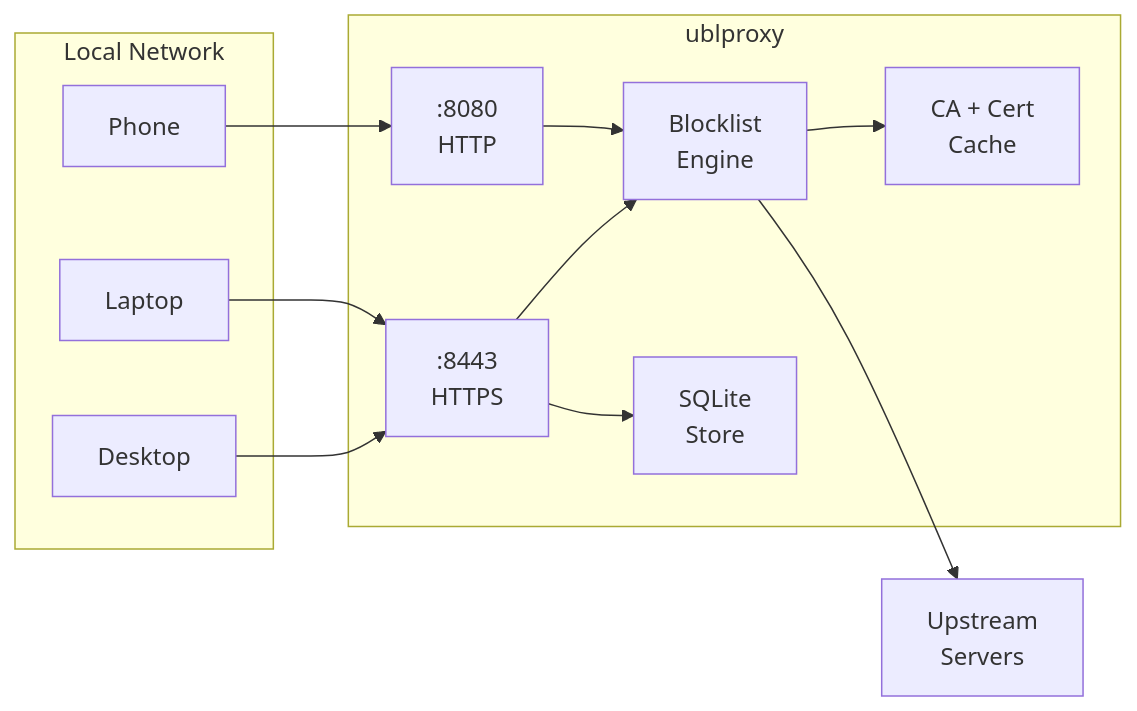
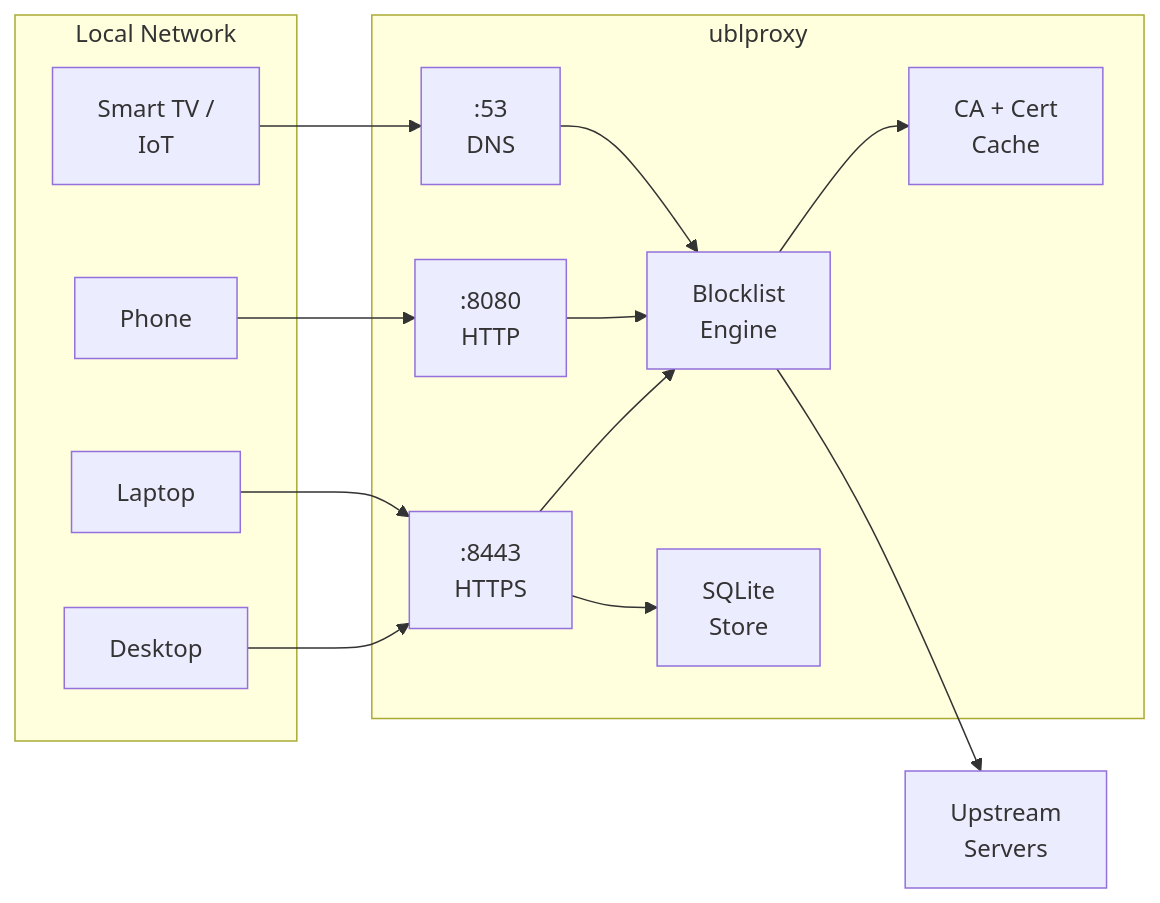
Before and after one commit to andrioid/ublproxy: the first of 3 diagrams in README.md, drawn with Mermaid. The commit also changed other lines of this file and 10 other files, not shown here.

````diff
--- a/README.md
+++ b/README.md
@@ -15,29 +15,33 @@
 ```mermaid
 graph LR
     subgraph LAN["Local Network"]
         D1["Desktop"]
         D2["Laptop"]
         D3["Phone"]
+        D4["Smart TV /<br/>IoT"]
     end
 
     subgraph UBL["ublproxy"]
         HTTP[":8080<br/>HTTP"]
         HTTPS[":8443<br/>HTTPS"]
+        DNS[":53<br/>DNS"]
         BL["Blocklist<br/>Engine"]
         CA["CA + Cert<br/>Cache"]
         DB["SQLite<br/>Store"]
     end
 
     UP["Upstream<br/>Servers"]
 
     D1 --> HTTPS
     D2 --> HTTPS
     D3 --> HTTP
+    D4 --> DNS
 
     HTTPS --> BL
     HTTP --> BL
+    DNS --> BL
     BL --> CA
     BL --> UP
 
     HTTPS --> DB
 ```
````
